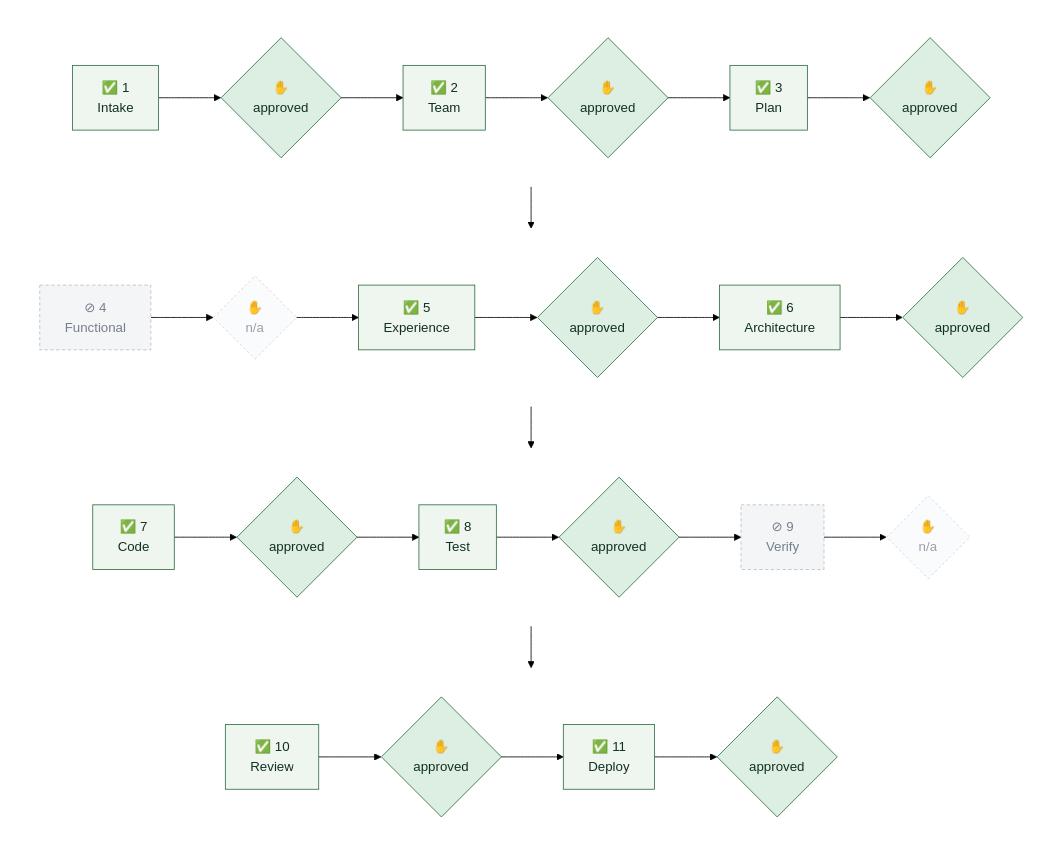
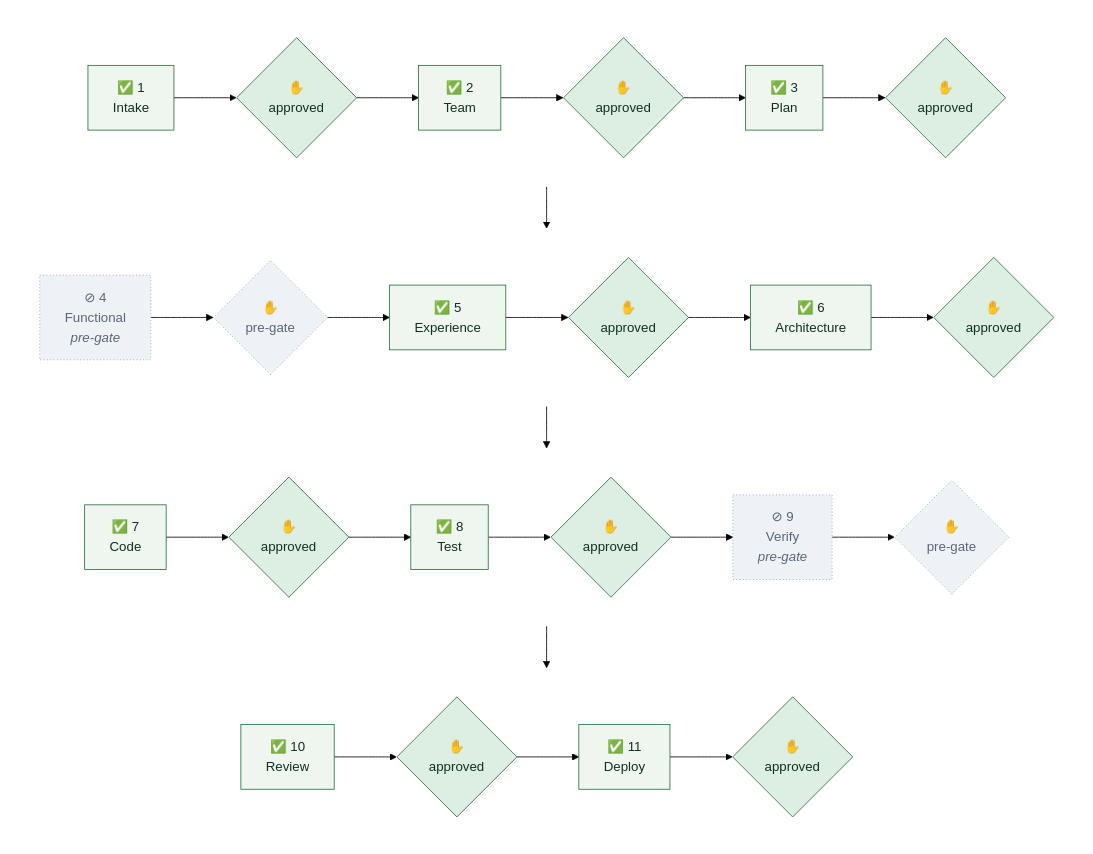
Before and after one commit to tandonakhil/AICluadeCode: the third of 5 diagrams in admin/PORTFOLIO_STATUS.md, drawn with Mermaid (forest theme). The commit also changed other lines of this file and 4 other files, not shown here.

````diff
--- a/admin/PORTFOLIO_STATUS.md
+++ b/admin/PORTFOLIO_STATUS.md
@@ -141,39 +152,43 @@
 ```mermaid
 flowchart TB
   subgraph r1 [" "]
     direction LR
     G1["✅ 1<br/>Intake"] --> H1{"✋<br/>approved"} --> G2["✅ 2<br/>Team"] --> H2{"✋<br/>approved"} --> G3["✅ 3<br/>Plan"] --> H3{"✋<br/>approved"}
   end
   subgraph r2 [" "]
     direction LR
-    G4["⊘ 4<br/>Functional"] --> H4{"✋<br/>n/a"} --> G5["✅ 5<br/>Experience"] --> H5{"✋<br/>approved"} --> G6["✅ 6<br/>Architecture"] --> H6{"✋<br/>approved"}
+    G4["⊘ 4<br/>Functional<br/><i>pre-gate</i>"] --> H4{"✋<br/>pre-gate"} --> G5["✅ 5<br/>Experience"] --> H5{"✋<br/>approved"} --> G6["✅ 6<br/>Architecture"] --> H6{"✋<br/>approved"}
   end
   subgraph r3 [" "]
     direction LR
-    G7["✅ 7<br/>Code"] --> H7{"✋<br/>approved"} --> G8["✅ 8<br/>Test"] --> H8{"✋<br/>approved"} --> G9["⊘ 9<br/>Verify"] --> H9{"✋<br/>n/a"}
+    G7["✅ 7<br/>Code"] --> H7{"✋<br/>approved"} --> G8["✅ 8<br/>Test"] --> H8{"✋<br/>approved"} --> G9["⊘ 9<br/>Verify<br/><i>pre-gate</i>"] --> H9{"✋<br/>pre-gate"}
   end
   subgraph r4 [" "]
     direction LR
     G10["✅ 10<br/>Review"] --> H10{"✋<br/>approved"} --> G11["✅ 11<br/>Deploy"] --> H11{"✋<br/>approved"}
   end
   H3 --> G4
   H6 --> G7
   H9 --> G10
   classDef done    fill:#eef6ef,stroke:#2f6f43,color:#123021
   classDef active  fill:#fff8e6,stroke:#8a6410,stroke-width:2px,color:#3d2c04
   classDef looped  fill:#fdf0ec,stroke:#a3341f,stroke-width:2px,color:#3d1109
   classDef warn    fill:#fff8e6,stroke:#8a6410,stroke-width:2px,color:#3d2c04
   classDef pending fill:#f4f5f7,stroke:#b8bfc9,color:#767f8d
   classDef skipped fill:#f4f5f7,stroke:#b8bfc9,color:#767f8d,stroke-dasharray:4 3
+  classDef skip_na  fill:#f4f5f7,stroke:#b8bfc9,color:#767f8d,stroke-dasharray:4 3
+  classDef skip_pre fill:#eef1f6,stroke:#8d99ab,color:#5b6675,stroke-dasharray:1 3
+  classDef skip_owed fill:#f8ded7,stroke:#a3341f,stroke-width:3px,color:#3d1109
   classDef hdone   fill:#dcefe2,stroke:#2f6f43,color:#123021
   classDef hwait   fill:#ffe9a8,stroke:#8a6410,stroke-width:4px,color:#3d2c04
   classDef hpend   fill:#fafbfc,stroke:#cfd5dd,color:#98a1ad,stroke-dasharray:3 3
   classDef hskip   fill:#fafbfc,stroke:#cfd5dd,color:#98a1ad,stroke-dasharray:3 3
+  classDef hpre    fill:#eef1f6,stroke:#8d99ab,color:#5b6675,stroke-dasharray:1 3
   classDef hnone   fill:#f8ded7,stroke:#a3341f,stroke-width:3px,color:#3d1109
   classDef rowbox  fill:none,stroke:none
   class G1,G2,G3,G5,G6,G7,G8,G10,G11 done
   class H1,H2,H3,H5,H6,H7,H8,H10,H11 hdone
-  class G4,G9 skipped
-  class H4,H9 hskip
+  class G4,G9 skip_pre
+  class H4,H9 hpre
   class r1,r2,r3,r4 rowbox
 ```
````
